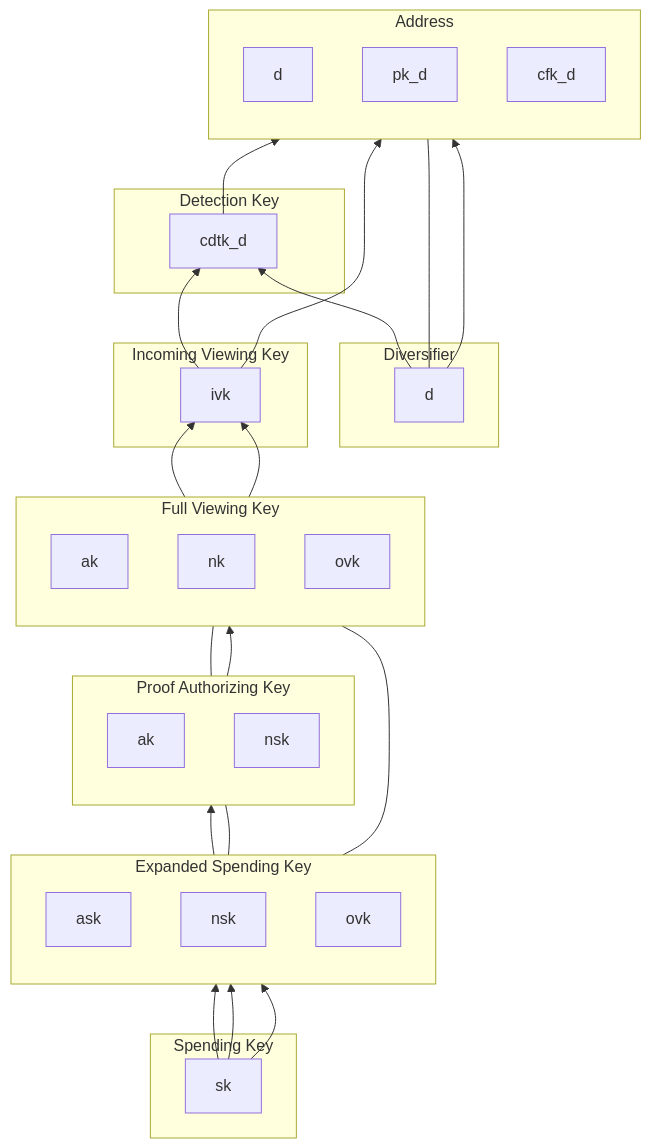
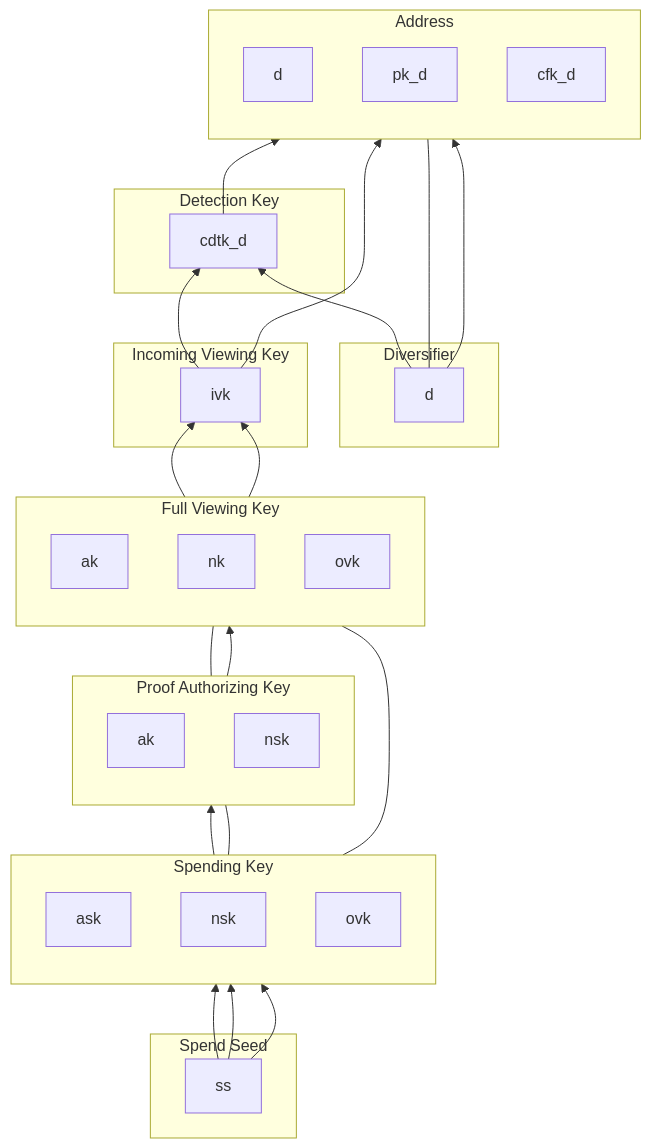
Before and after one commit to penumbra-zone/penumbra: the diagram in spec/protocol/addresses_keys.md, drawn with Mermaid. The commit also changed other lines of this file and 11 other files, not shown here.

First line of the commit message:
crypto: rearrange {Extended,}SpendingKey to Spend{Seed, Key}

````diff
--- a/spec/protocol/addresses_keys.md
+++ b/spec/protocol/addresses_keys.md
@@ -9,61 +9,61 @@
 ```mermaid
 flowchart BT
     subgraph Address
         direction TB;
         d2[d];
         pk_d;
         cfk_d;
     end;
     subgraph D[Diversifier]
         d1[d];
     end;
     subgraph DTK[Detection Key]
         cdtk_d;
     end;
     subgraph IVK[Incoming Viewing Key]
         ivk;
     end;
     subgraph FVK[Full Viewing Key]
         direction TB;
         ak2[ak];
         nk;
         ovk2[ovk];
     end;
     subgraph PAK[Proof Authorizing Key]
         direction TB;
         ak1[ak];
         nsk2[nsk];
     end;
-    subgraph ESK[Expanded Spending Key]
+    subgraph SK[Spending Key]
         direction TB;
         ask;
         nsk1[nsk];
         ovk1[ovk];
     end;
-    subgraph SK[Spending Key]
-        sk;
+    subgraph SS[Spend Seed]
+        ss;
     end;
 
-    sk --> ask;
-    sk --> nsk1;
-    sk --> ovk1;
+    ss --> ask;
+    ss --> nsk1;
+    ss --> ovk1;
 
     ask --> ak1;
     nsk1 --- nsk2;
     ovk1 --- ovk2;
 
     ak1 --- ak2;
     nsk2 --> nk;
 
     ak2 --> ivk;
     nk --> ivk;
 
     ivk --> pk_d;
 
     d1 --- d2;
     d1 --> pk_d;
 
     ivk --> cdtk_d;
     d1 --> cdtk_d;
     cdtk_d --> cfk_d;
 ```
````
